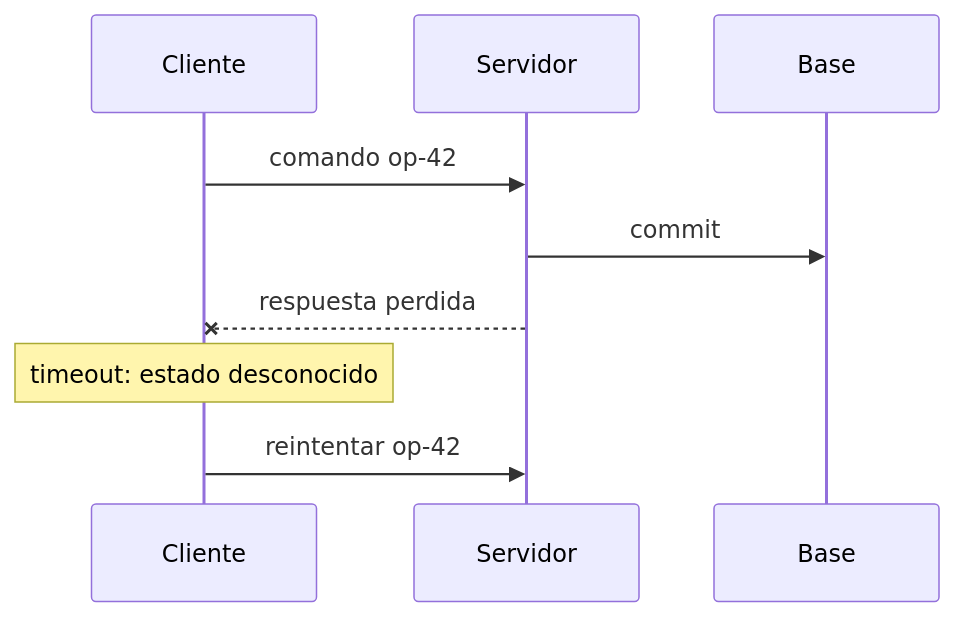
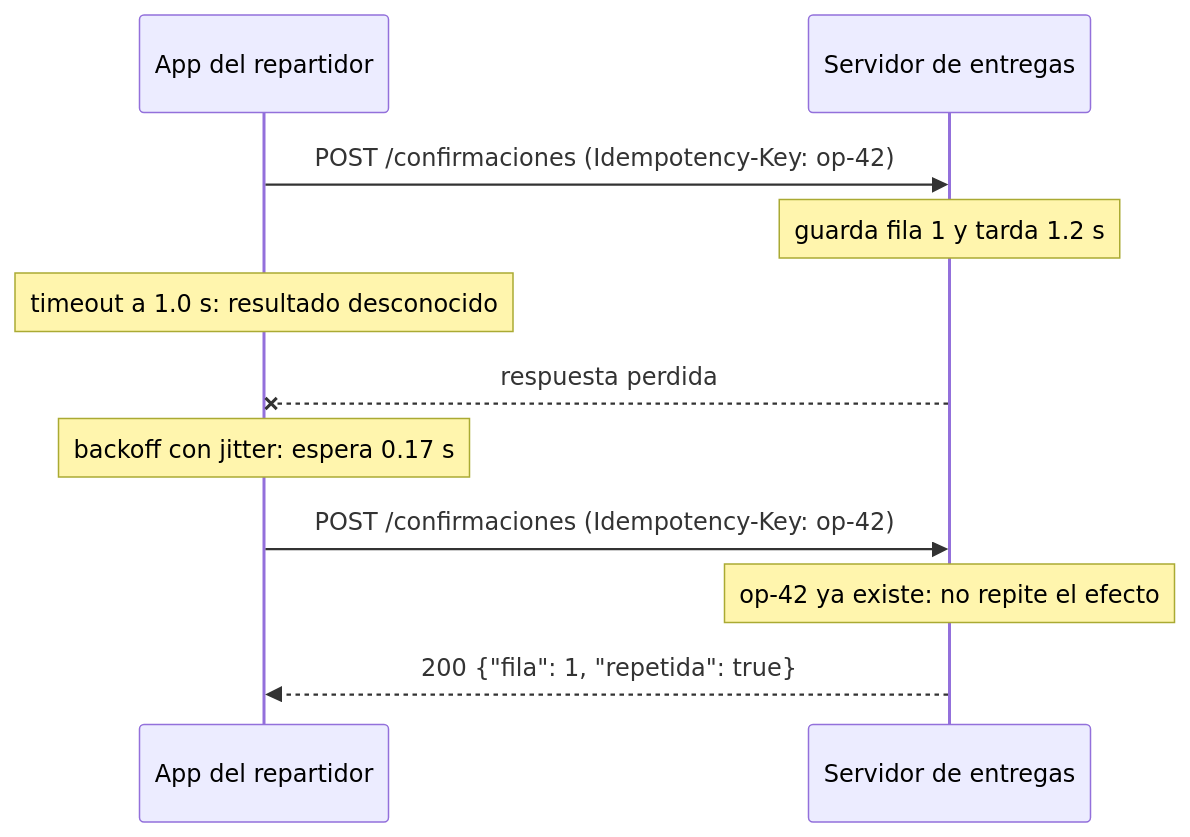
One commit to NICORUIZ93/The_Imperial_Book changed the first of 8 diagrams in web/public/content/foundations/modulo-10.md. Above: the diagram before and after it, drawn with Mermaid. The commit also changed other lines of this file, not shown here.

First line of the commit message:
docs(fundamentos): M10 completo con la plantilla académica

````diff
--- a/web/public/content/foundations/modulo-10.md
+++ b/web/public/content/foundations/modulo-10.md
@@ -18,11 +137,13 @@
 ```mermaid
 sequenceDiagram
-    participant C as Cliente
-    participant S as Servidor
-    participant B as Base
-    C->>S: comando op-42
-    S->>B: commit
+    participant C as App del repartidor
+    participant S as Servidor de entregas
+    C->>S: POST /confirmaciones (Idempotency-Key: op-42)
+    Note over S: guarda fila 1 y tarda 1.2 s
+    Note over C: timeout a 1.0 s: resultado desconocido
     S--xC: respuesta perdida
-    Note over C: timeout: estado desconocido
-    C->>S: reintentar op-42
+    Note over C: backoff con jitter: espera 0.17 s
+    C->>S: POST /confirmaciones (Idempotency-Key: op-42)
+    Note over S: op-42 ya existe: no repite el efecto
+    S-->>C: 200 {"fila": 1, "repetida": true}
 ```
````
